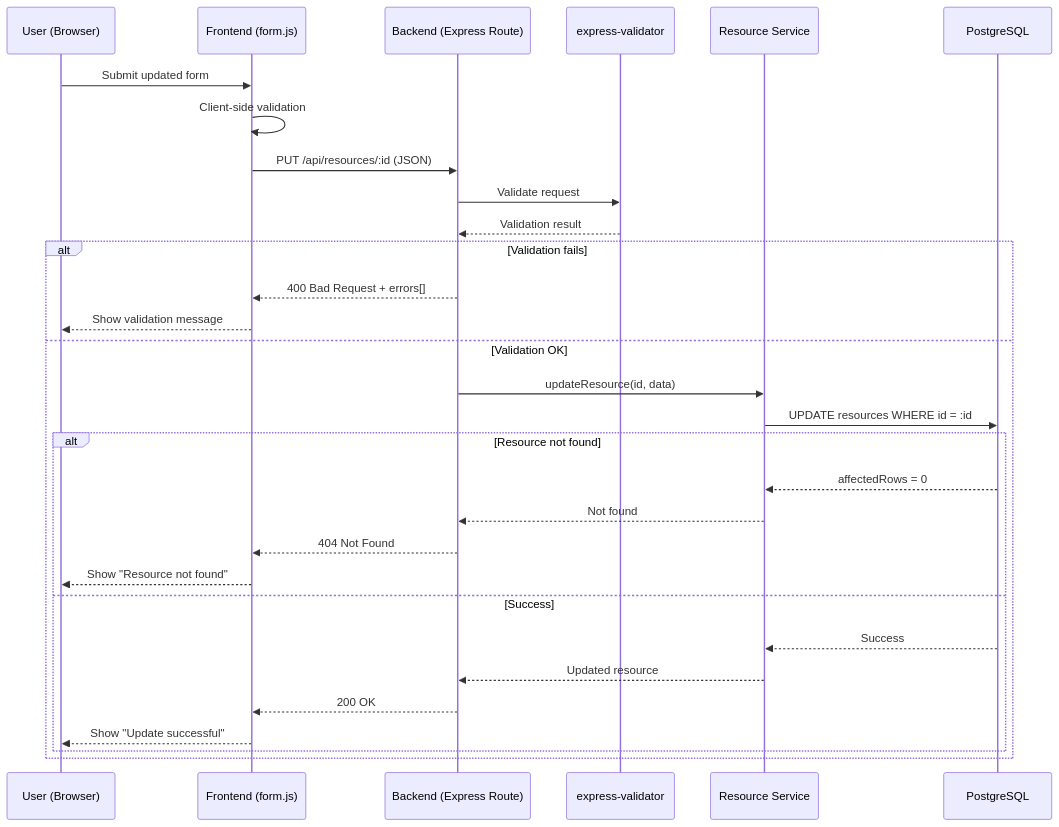
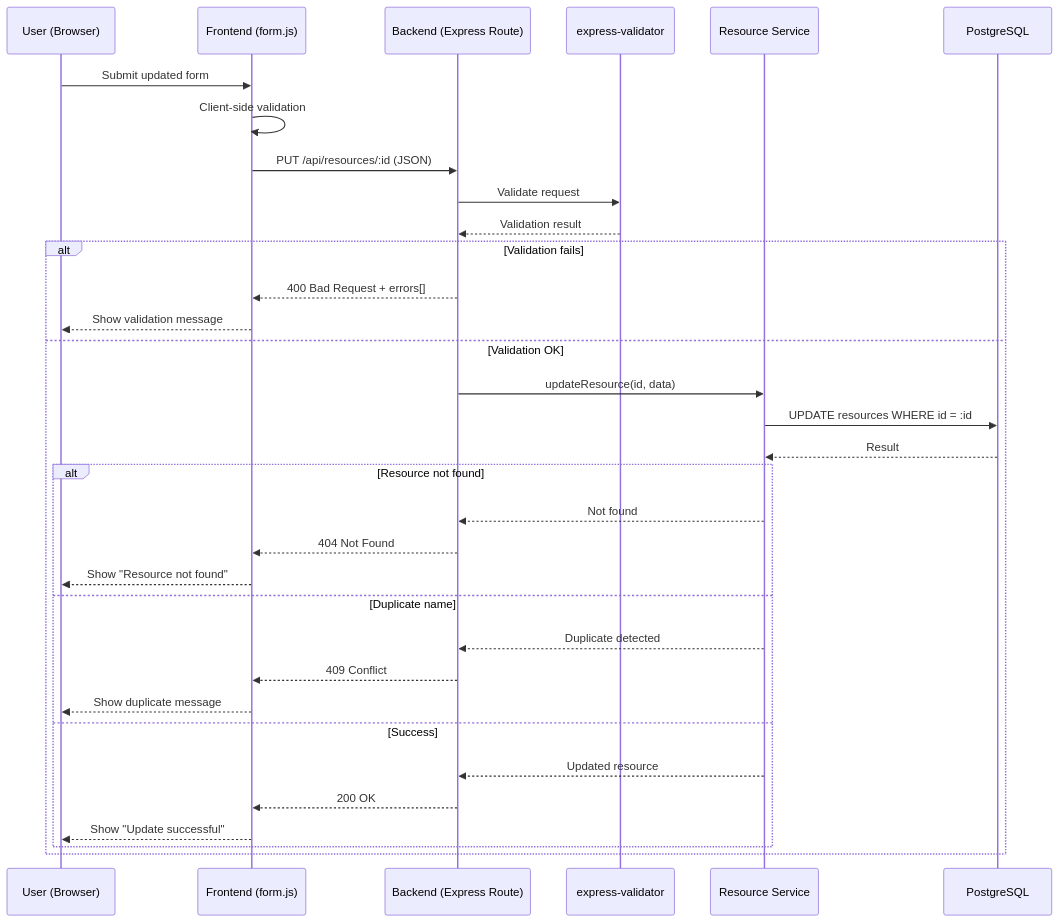
One commit to AartiSaini2002/BookingSystemPhase6 changed the third of 4 diagrams in Phase 6/G1_CRUD_DataFlow.md. Above: the diagram before and after it, drawn with Mermaid.

Commit message:
Update validation messages and error handling in CRUD flow

````diff
--- a/Phase 6/G1_CRUD_DataFlow.md
+++ b/Phase 6/G1_CRUD_DataFlow.md
@@ -71,36 +71,39 @@
 ```mermaid
 sequenceDiagram
     participant U as User (Browser)
     participant F as Frontend (form.js)
     participant B as Backend (Express Route)
     participant V as express-validator
     participant S as Resource Service
     participant DB as PostgreSQL
 
     U->>F: Submit updated form
     F->>F: Client-side validation
     F->>B: PUT /api/resources/:id (JSON)
 
     B->>V: Validate request
     V-->>B: Validation result
 
     alt Validation fails
         B-->>F: 400 Bad Request + errors[]
         F-->>U: Show validation message
     else Validation OK
         B->>S: updateResource(id, data)
         S->>DB: UPDATE resources WHERE id = :id
+        DB-->>S: Result
 
         alt Resource not found
-            DB-->>S: affectedRows = 0
             S-->>B: Not found
             B-->>F: 404 Not Found
             F-->>U: Show "Resource not found"
+        else Duplicate name
+            S-->>B: Duplicate detected
+            B-->>F: 409 Conflict
+            F-->>U: Show duplicate message
         else Success
-            DB-->>S: Success
             S-->>B: Updated resource
             B-->>F: 200 OK
             F-->>U: Show "Update successful"
         end
     end
 ```
````
